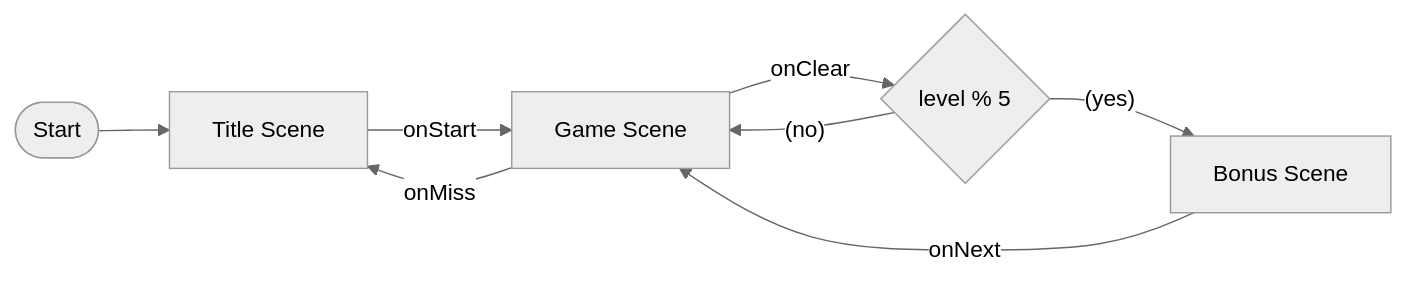
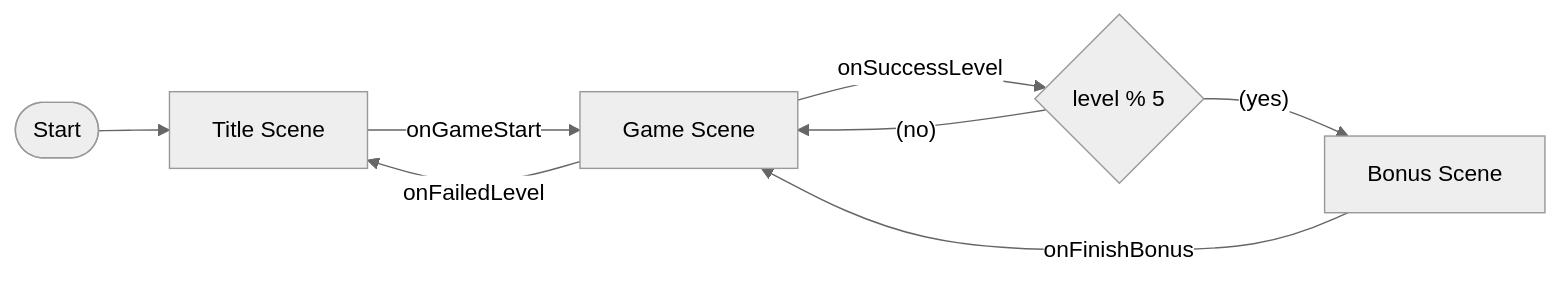
The diagram in prj/08.shuf_chest/README.md (yamahei/akashic_project), drawn with Mermaid (neutral theme) before and after one commit. The commit also changed other lines of this file and 5 other files, not shown here.

````diff
--- a/prj/08.shuf_chest/README.md
+++ b/prj/08.shuf_chest/README.md
@@ -43,17 +43,17 @@
 ```mermaid
 graph LR
   %% Elements
   start([Start])
   title[Title Scene]
   game[Game Scene]
   bonus[Bonus Scene]
   next{level % 5}
   %% Relations
   start --> title
-  title -- onStart --> game
-  game -- onClear --> next
-  game -- onMiss --> title
+  title -- onGameStart --> game
+  game -- onSuccessLevel --> next
+  game -- onFailedLevel --> title
   next -- (no) --> game
   next -- (yes) --> bonus
-  bonus -- onNext --> game
+  bonus -- onFinishBonus --> game
 ```
````
